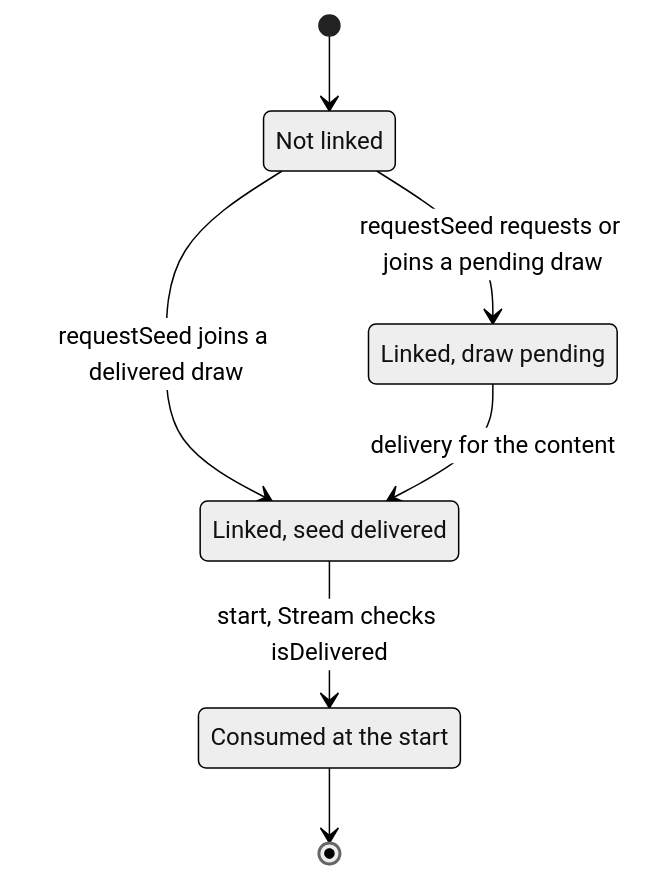
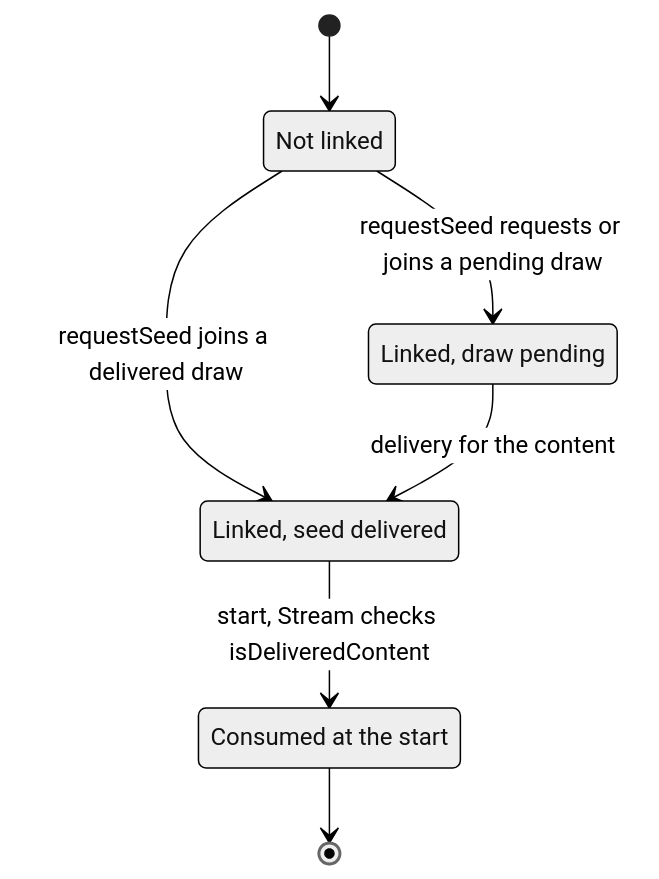
The second of 5 diagrams in docs/spec/entropy.md (6529-Collections/6529-works), drawn with Mermaid (neutral theme) before and after one commit. The commit also changed other lines of this file and 52 other files, not shown here.

````diff
--- a/docs/spec/entropy.md
+++ b/docs/spec/entropy.md
@@ -131,13 +143,13 @@
 ```mermaid
 stateDiagram-v2
     state "Not linked" as Unlinked
     state "Linked, draw pending" as LinkedPending
     state "Linked, seed delivered" as LinkedDelivered
     state "Consumed at the start" as Started
     [*] --> Unlinked
     Unlinked --> LinkedPending : requestSeed requests or joins a pending draw
     Unlinked --> LinkedDelivered : requestSeed joins a delivered draw
     LinkedPending --> LinkedDelivered : delivery for the content
-    LinkedDelivered --> Started : start, Stream checks isDelivered
+    LinkedDelivered --> Started : start, Stream checks isDeliveredContent
     Started --> [*]
 ```
````
